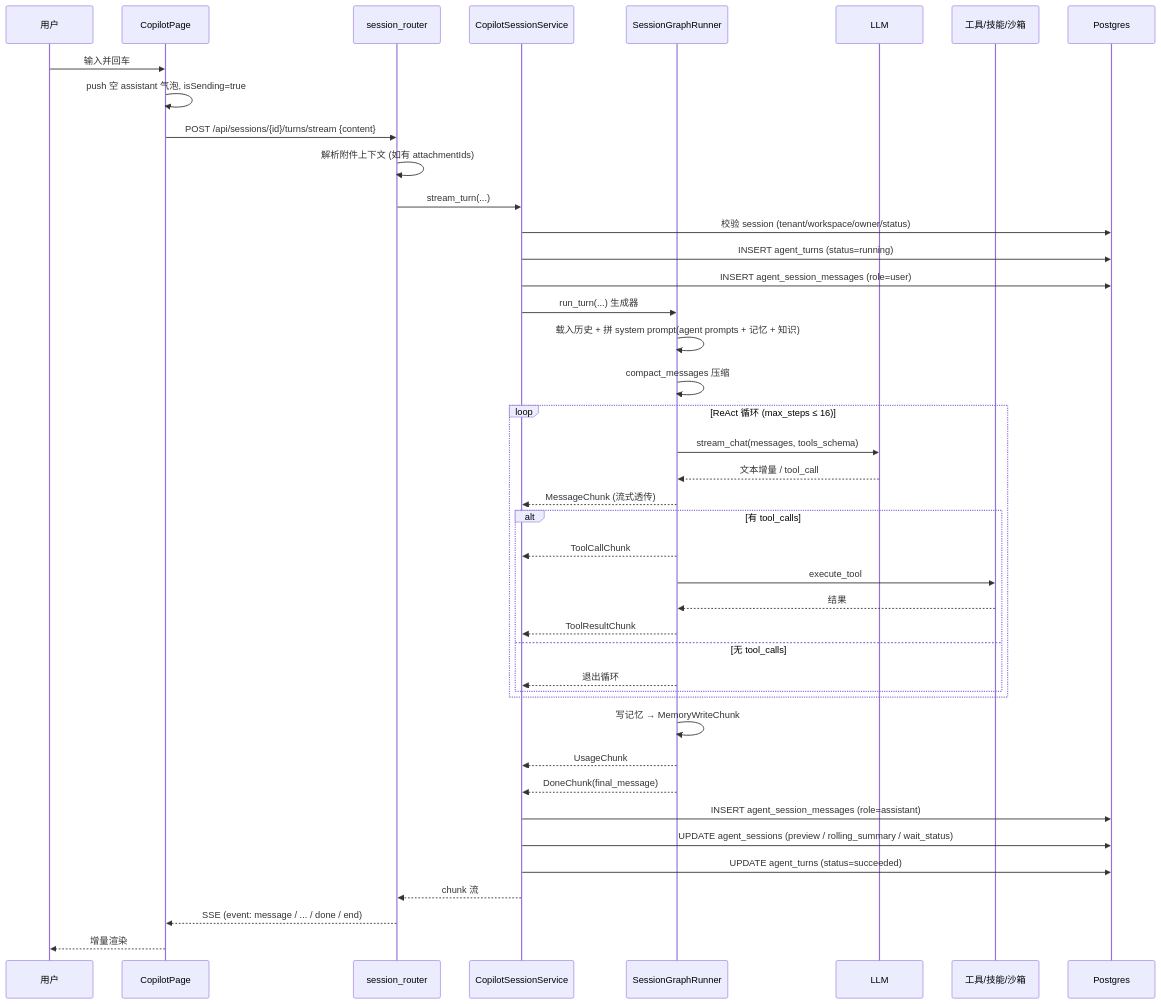
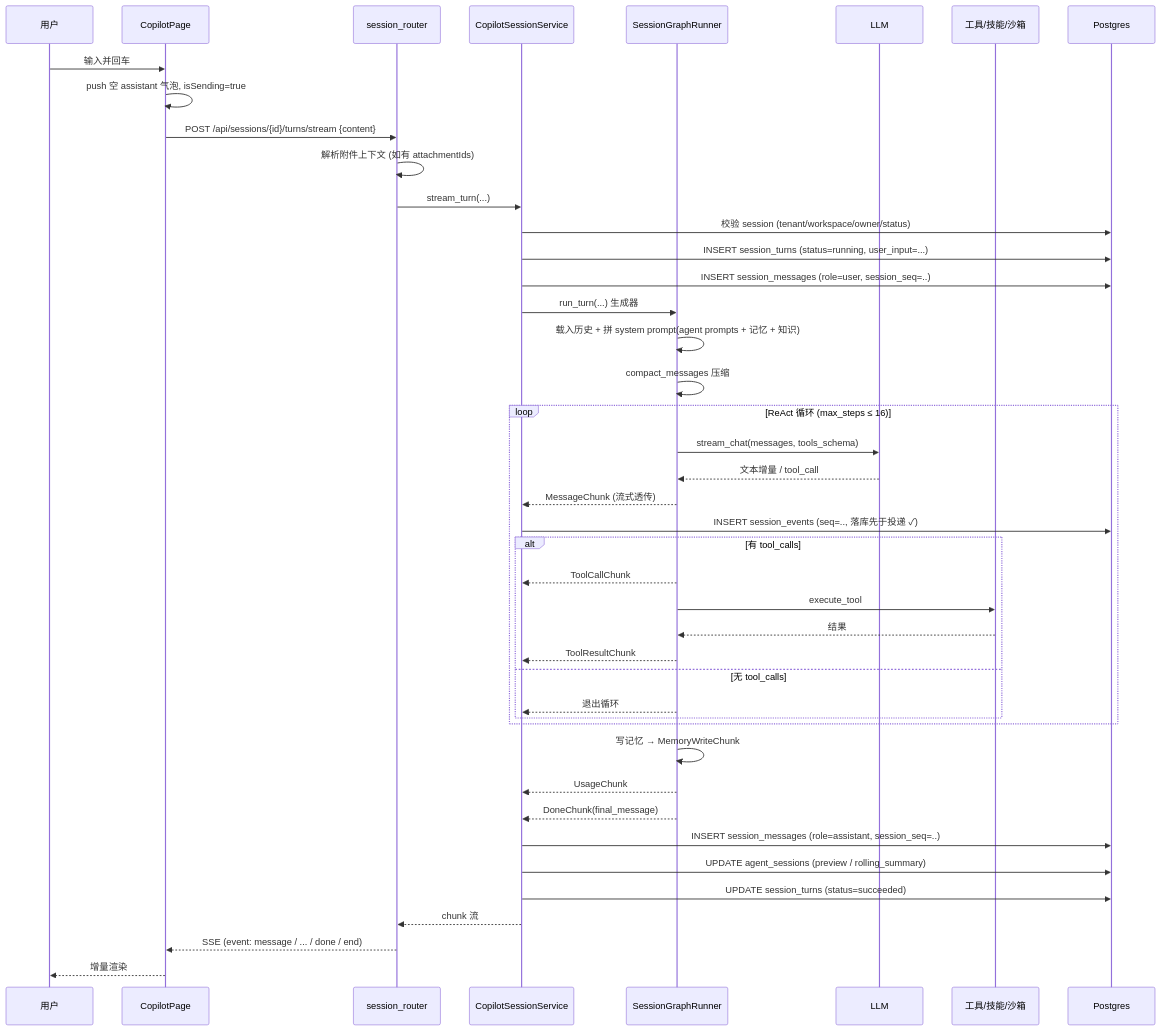
Before and after one commit to Lianjifu/QiZhiDaAgentPlatform: the second of 2 diagrams in docs/copilot-chat-module-architecture.md, drawn with Mermaid. The commit also changed other lines of this file and 1 other file, not shown here.

First line of the commit message:
docs(refactor): 现状文档跟到 Session Stage 6d 之后的事实

````diff
--- a/docs/copilot-chat-module-architecture.md
+++ b/docs/copilot-chat-module-architecture.md
@@ -230,45 +260,46 @@
 ```mermaid
 sequenceDiagram
     participant U as 用户
     participant FE as CopilotPage
     participant API as session_router
     participant SVC as CopilotSessionService
     participant G as SessionGraphRunner
     participant L as LLM
     participant T as 工具/技能/沙箱
     participant DB as Postgres
 
     U->>FE: 输入并回车
     FE->>FE: push 空 assistant 气泡, isSending=true
     FE->>API: POST /api/sessions/{id}/turns/stream {content}
     API->>API: 解析附件上下文 (如有 attachmentIds)
     API->>SVC: stream_turn(...)
     SVC->>DB: 校验 session (tenant/workspace/owner/status)
-    SVC->>DB: INSERT agent_turns (status=running)
-    SVC->>DB: INSERT agent_session_messages (role=user)
+    SVC->>DB: INSERT session_turns (status=running, user_input=...)
+    SVC->>DB: INSERT session_messages (role=user, session_seq=..)
     SVC->>G: run_turn(...) 生成器
     G->>G: 载入历史 + 拼 system prompt(agent prompts + 记忆 + 知识)
     G->>G: compact_messages 压缩
     loop ReAct 循环 (max_steps ≤ 16)
         G->>L: stream_chat(messages, tools_schema)
         L-->>G: 文本增量 / tool_call
         G-->>SVC: MessageChunk (流式透传)
+        SVC->>DB: INSERT session_events (seq=.., 落库先于投递 ✓)
         alt 有 tool_calls
             G-->>SVC: ToolCallChunk
             G->>T: execute_tool
             T-->>G: 结果
             G-->>SVC: ToolResultChunk
         else 无 tool_calls
             G-->>SVC: 退出循环
         end
     end
     G->>G: 写记忆 → MemoryWriteChunk
     G-->>SVC: UsageChunk
     G-->>SVC: DoneChunk(final_message)
-    SVC->>DB: INSERT agent_session_messages (role=assistant)
-    SVC->>DB: UPDATE agent_sessions (preview / rolling_summary / wait_status)
-    SVC->>DB: UPDATE agent_turns (status=succeeded)
+    SVC->>DB: INSERT session_messages (role=assistant, session_seq=..)
+    SVC->>DB: UPDATE agent_sessions (preview / rolling_summary)
+    SVC->>DB: UPDATE session_turns (status=succeeded)
     SVC-->>API: chunk 流
     API-->>FE: SSE (event: message / ... / done / end)
     FE-->>U: 增量渲染
 ```
````
